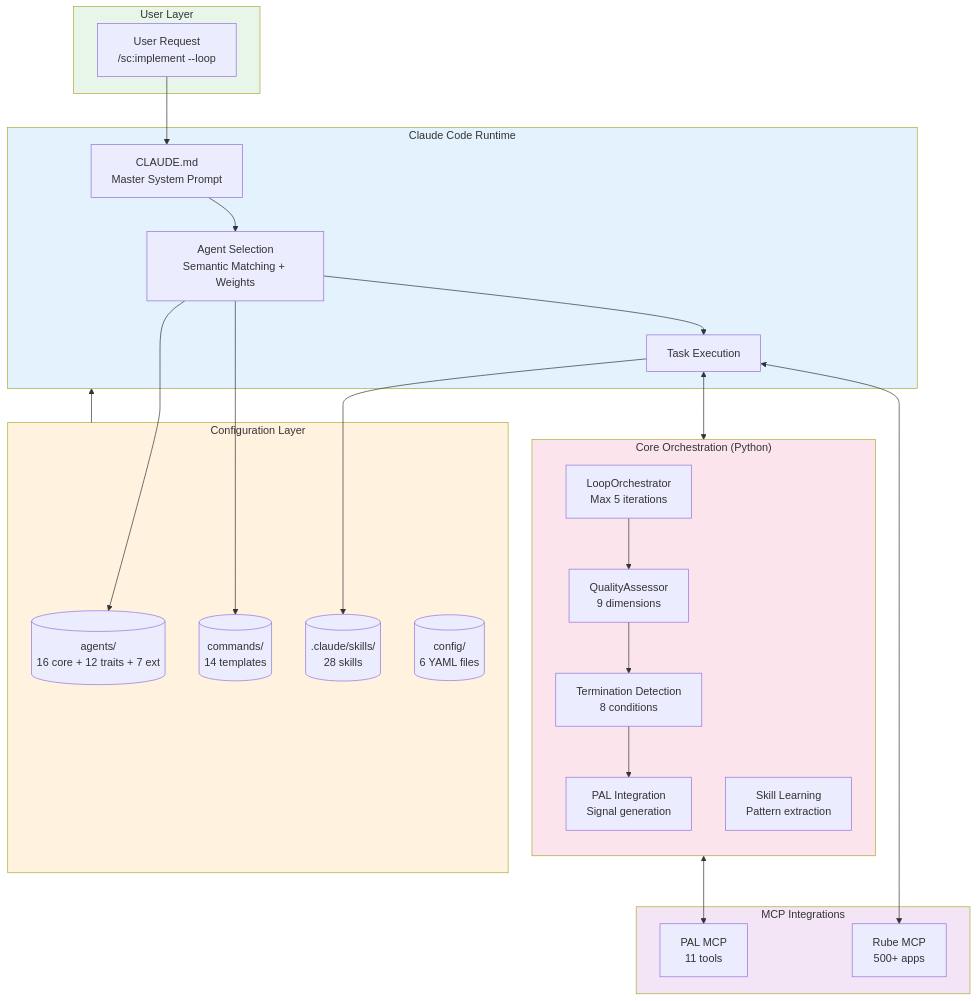
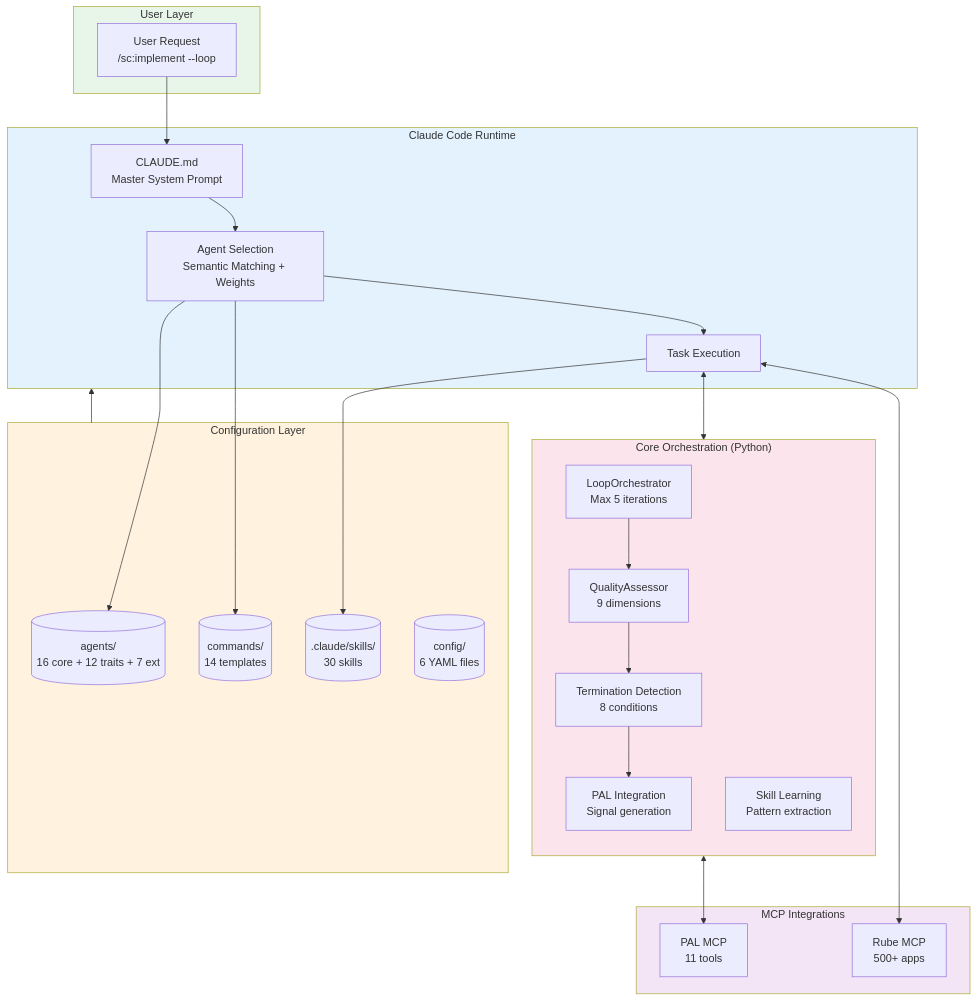
Before and after one commit to Tony363/SuperClaude: the first of 9 diagrams in README.md, drawn with Mermaid. The commit also changed other lines of this file and 19 other files, not shown here.

````diff
--- a/README.md
+++ b/README.md
@@ -124,53 +124,53 @@
 ```mermaid
 flowchart TB
     subgraph User["User Layer"]
         REQ["User Request<br/>/sc:implement --loop"]
     end
 
     subgraph Runtime["Claude Code Runtime"]
         CLAUDE["CLAUDE.md<br/>Master System Prompt"]
         SELECT["Agent Selection<br/>Semantic Matching + Weights"]
         EXEC["Task Execution"]
     end
 
     subgraph Config["Configuration Layer"]
         AGENTS[("agents/<br/>16 core + 12 traits + 7 ext")]
         COMMANDS[("commands/<br/>14 templates")]
-        SKILLS[(".claude/skills/<br/>28 skills")]
+        SKILLS[(".claude/skills/<br/>30 skills")]
         YAML[("config/<br/>6 YAML files")]
     end
 
     subgraph Core["Core Orchestration (Python)"]
         direction TB
         LOOP["LoopOrchestrator<br/>Max 5 iterations"]
         QUALITY["QualityAssessor<br/>9 dimensions"]
         TERM["Termination Detection<br/>8 conditions"]
         PALINT["PAL Integration<br/>Signal generation"]
         LEARN["Skill Learning<br/>Pattern extraction"]
     end
 
     subgraph MCP["MCP Integrations"]
         PAL["PAL MCP<br/>11 tools"]
         RUBE["Rube MCP<br/>500+ apps"]
     end
 
     REQ --> CLAUDE
     CLAUDE --> SELECT
     SELECT --> AGENTS
     SELECT --> COMMANDS
     SELECT --> EXEC
     EXEC --> SKILLS
     EXEC <--> Core
     LOOP --> QUALITY
     QUALITY --> TERM
     TERM --> PALINT
     PALINT <--> PAL
     EXEC <--> RUBE
     Config --> Runtime
 
     style User fill:#e8f5e9
     style Runtime fill:#e3f2fd
     style Config fill:#fff3e0
     style Core fill:#fce4ec
     style MCP fill:#f3e5f5
 ```
````
